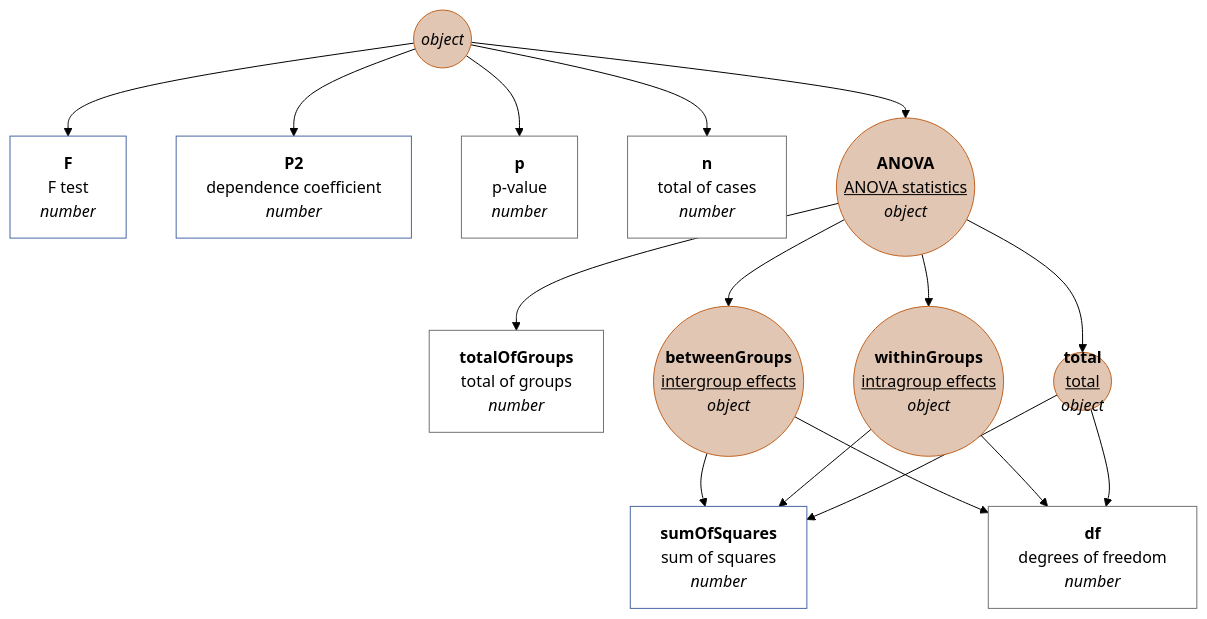
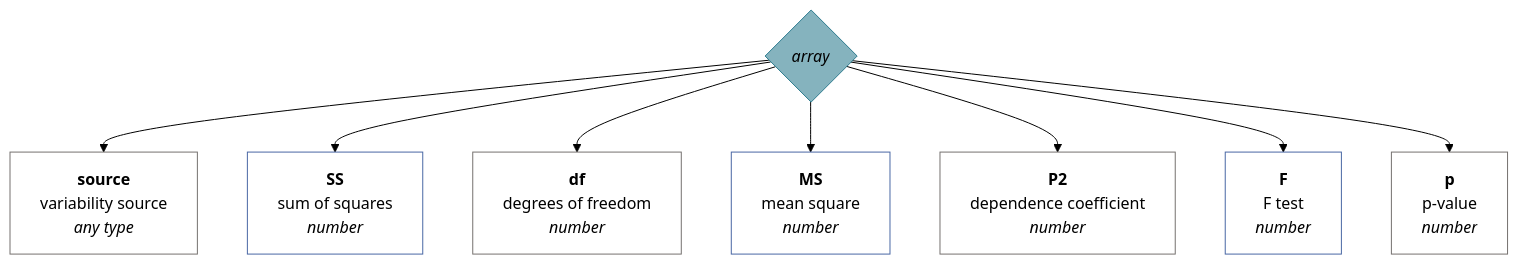
Before and after one commit to muzikp/retusa: diagram 33 of 43 in docs/en-GB.md, drawn with Mermaid (forest theme). The commit also changed other lines of this file and 6 other files, not shown here.

````diff
--- a/docs/en-GB.md
+++ b/docs/en-GB.md
@@ -1223,56 +1223,28 @@
 ```mermaid
 graph TD
-anovaow((<i>object</i>))
-style anovaow fill:#E1C6B3;
-style anovaow stroke:#C36422;
+anovaow{<i>array</i>}
+style anovaow fill:#85B3BE;
+style anovaow stroke:#2E7C8F;
+anovaow --> source[<b>source</b><br>variability source <br><i>any type</i>]
+style source fill:#FFFFFF;
+style source stroke:#75716F;
+anovaow --> SS[<b>SS</b><br>sum of squares <br><i>number</i>]
+style SS fill:#FFFFFF;
+style SS stroke:#4967A4;
+anovaow --> df[<b>df</b><br>degrees of freedom <br><i>number</i>]
+style df fill:#FFFFFF;
+style df stroke:#75716F;
+anovaow --> MS[<b>MS</b><br>mean square <br><i>number</i>]
+style MS fill:#FFFFFF;
+style MS stroke:#4967A4;
+anovaow --> P2[<b>P2</b><br>dependence coefficient <br><i>number</i>]
+style P2 fill:#FFFFFF;
+style P2 stroke:#75716F;
 anovaow --> F[<b>F</b><br>F test <br><i>number</i>]
 style F fill:#FFFFFF;
 style F stroke:#4967A4;
-anovaow --> P2[<b>P2</b><br>dependence coefficient <br><i>number</i>]
-style P2 fill:#FFFFFF;
-style P2 stroke:#4967A4;
 anovaow --> p[<b>p</b><br>p-value <br><i>number</i>]
 style p fill:#FFFFFF;
 style p stroke:#75716F;
-anovaow --> n[<b>n</b><br>total of cases <br><i>number</i>]
-style n fill:#FFFFFF;
-style n stroke:#75716F;
-anovaow --> ANOVA((<b>ANOVA</b><br><u>ANOVA statistics</u>))
-ANOVA((<b>ANOVA</b><br><u>ANOVA statistics</u><br><i>object</i>))
-style ANOVA fill:#E1C6B3;
-style ANOVA stroke:#C36422;
-ANOVA --> totalOfGroups[<b>totalOfGroups</b><br>total of groups <br><i>number</i>]
-style totalOfGroups fill:#FFFFFF;
-style totalOfGroups stroke:#75716F;
-ANOVA --> betweenGroups((<b>betweenGroups</b><br><u>intergroup effects</u>))
-betweenGroups((<b>betweenGroups</b><br><u>intergroup effects</u><br><i>object</i>))
-style betweenGroups fill:#E1C6B3;
-style betweenGroups stroke:#C36422;
-betweenGroups --> sumOfSquares[<b>sumOfSquares</b><br>sum of squares <br><i>number</i>]
-style sumOfSquares fill:#FFFFFF;
-style sumOfSquares stroke:#4967A4;
-betweenGroups --> df[<b>df</b><br>degrees of freedom <br><i>number</i>]
-style df fill:#FFFFFF;
-style df stroke:#75716F;
-ANOVA --> withinGroups((<b>withinGroups</b><br><u>intragroup effects</u>))
-withinGroups((<b>withinGroups</b><br><u>intragroup effects</u><br><i>object</i>))
-style withinGroups fill:#E1C6B3;
-style withinGroups stroke:#C36422;
-withinGroups --> sumOfSquares[<b>sumOfSquares</b><br>sum of squares <br><i>number</i>]
-style sumOfSquares fill:#FFFFFF;
-style sumOfSquares stroke:#4967A4;
-withinGroups --> df[<b>df</b><br>degrees of freedom <br><i>number</i>]
-style df fill:#FFFFFF;
-style df stroke:#75716F;
-ANOVA --> total((<b>total</b><br><u>total</u>))
-total((<b>total</b><br><u>total</u><br><i>object</i>))
-style total fill:#E1C6B3;
-style total stroke:#C36422;
-total --> sumOfSquares[<b>sumOfSquares</b><br>sum of squares <br><i>number</i>]
-style sumOfSquares fill:#FFFFFF;
-style sumOfSquares stroke:#4967A4;
-total --> df[<b>df</b><br>degrees of freedom <br><i>number</i>]
-style df fill:#FFFFFF;
-style df stroke:#75716F;
 
 ```
````
